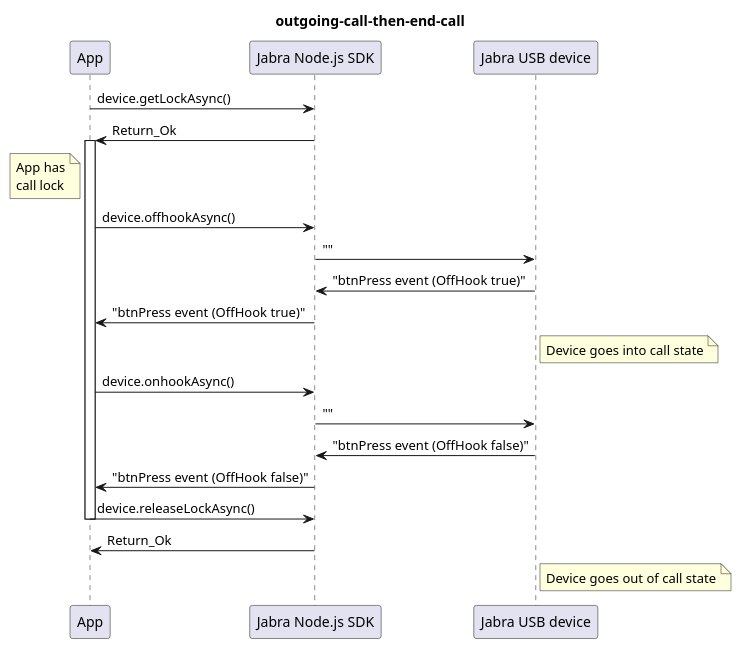
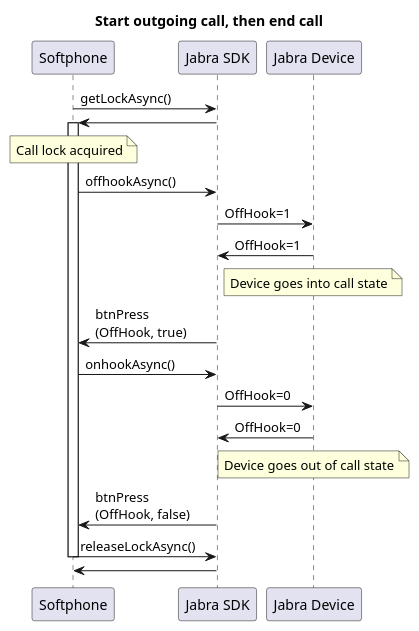
One commit to evercall/jabra-node-sdk changed the first of 5 diagrams in docs/diagrams.puml. Above: the diagram before and after it, drawn with PlantUML. The commit also changed other lines of this file and 50 other files, not shown here.

```diff
--- a/docs/diagrams.puml
+++ b/docs/diagrams.puml
@@ -3,20 +3,23 @@
 @startuml
-    title outgoing-call-then-end-call
-    "App"->"Jabra Node.js SDK": device.getLockAsync()
-    "Jabra Node.js SDK"->"App": Return_Ok
-    Activate "App"
-    note left of "App": App has\ncall lock
-    "App"->"Jabra Node.js SDK": device.offhookAsync()
-    "Jabra Node.js SDK"->"Jabra USB device": ""
-    "Jabra USB device"->"Jabra Node.js SDK": "btnPress event (OffHook true)"
-    "Jabra Node.js SDK"->"App": "btnPress event (OffHook true)"
-    note right of "Jabra USB device": Device goes into call state
-    "App"->"Jabra Node.js SDK": device.onhookAsync()
-    "Jabra Node.js SDK"->"Jabra USB device": ""
-    "Jabra USB device"->"Jabra Node.js SDK": "btnPress event (OffHook false)"
-    "Jabra Node.js SDK"->"App": "btnPress event (OffHook false)"
-    "App"->"Jabra Node.js SDK": device.releaseLockAsync()
-    Deactivate "App"
-    "Jabra Node.js SDK"->"App": Return_Ok
-    note right of "Jabra USB device": Device goes out of call state
+    title Start outgoing call, then end call
+    participant "Softphone" as phone
+    participant "Jabra SDK" as sdk
+    participant "Jabra Device" as device
+    phone->sdk: getLockAsync()
+    sdk->phone:
+    Activate phone
+    note over phone: Call lock acquired
+    phone->sdk: offhookAsync()
+    sdk->device: OffHook=1
+    device->sdk: OffHook=1
+    note over device: Device goes into call state
+    sdk->phone: btnPress\n(OffHook, true)
+    phone->sdk: onhookAsync()
+    sdk->device: OffHook=0
+    device->sdk: OffHook=0
+    note over device: Device goes out of call state
+    sdk->phone: btnPress\n(OffHook, false)
+    phone->sdk: releaseLockAsync()
+    Deactivate phone
+    sdk->phone:
 @enduml
```
